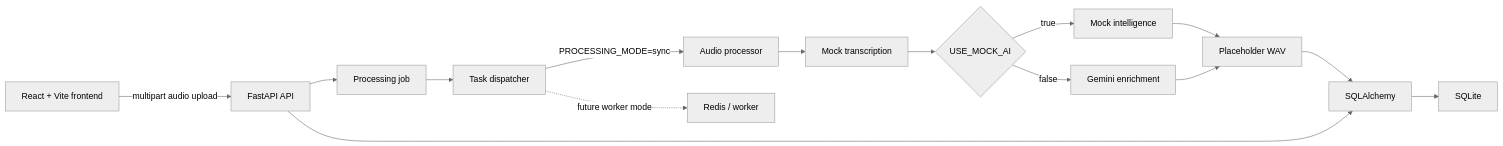
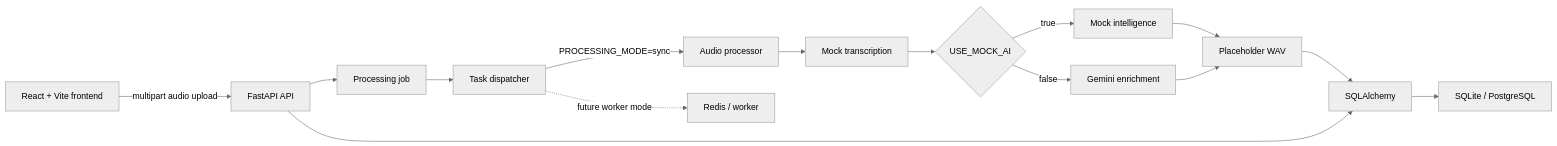
The first of 2 diagrams in README.md (ayushxt25/Whisper), drawn with Mermaid (neutral theme) before and after one commit. The commit also changed other lines of this file and 6 other files, not shown here.

````diff
--- a/README.md
+++ b/README.md
@@ -41,17 +41,17 @@
 ```mermaid
 flowchart LR
     UI["React + Vite frontend"] -->|"multipart audio upload"| API["FastAPI API"]
     API --> JOB["Processing job"]
     JOB --> DISPATCH["Task dispatcher"]
     DISPATCH -->|"PROCESSING_MODE=sync"| PROCESSOR["Audio processor"]
     DISPATCH -.->|"future worker mode"| REDIS["Redis / worker"]
     PROCESSOR --> TRANSCRIPT["Mock transcription"]
     TRANSCRIPT --> MODE{"USE_MOCK_AI"}
     MODE -->|"true"| MOCK["Mock intelligence"]
     MODE -->|"false"| GEMINI["Gemini enrichment"]
     MOCK --> AUDIO["Placeholder WAV"]
     GEMINI --> AUDIO
     AUDIO --> ORM["SQLAlchemy"]
-    ORM --> DB["SQLite"]
+    ORM --> DB["SQLite / PostgreSQL"]
     API --> ORM
 ```
````
